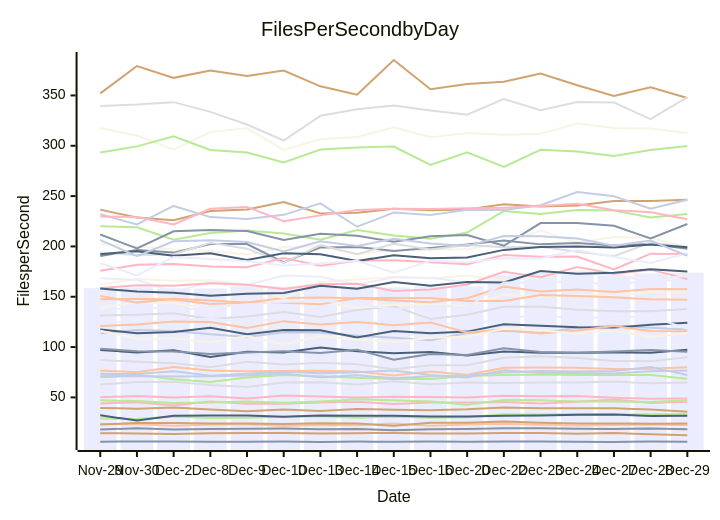
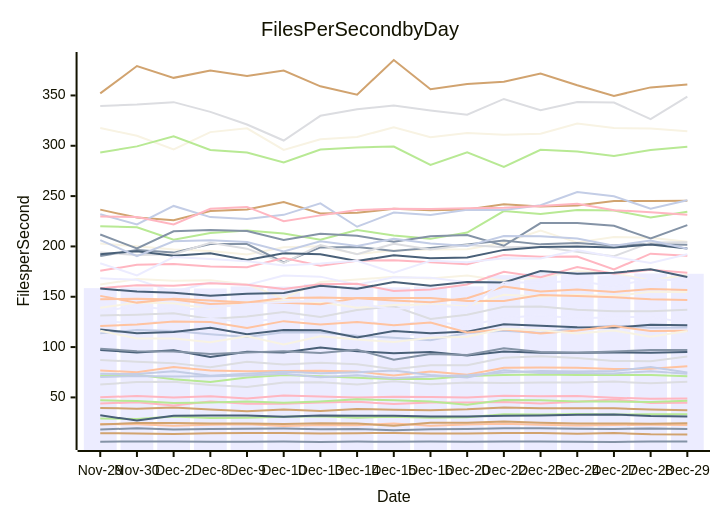
The diagram in perf-report.md (streetsidesoftware/cspell), drawn with Mermaid before and after one commit. The commit also changed other lines of this file and 1 other file, not shown here.

````diff
--- a/perf-report.md
+++ b/perf-report.md
@@ -11,57 +11,57 @@
 ```mermaid
 xychart-beta
     title Files Per Second by Day
     y-axis Files per Second
     x-axis Date [Nov-29, Nov-30, Dec-2, Dec-8, Dec-9, Dec-10, Dec-13, Dec-14, Dec-15, Dec-16, Dec-20, Dec-22, Dec-23, Dec-24, Dec-27, Dec-28, Dec-29]
-    bar [158.58, 159.25, 158.41, 158.24, 160.26, 160.13, 162.46, 160.30, 159.32, 159.99, 160.32, 171.41, 173.30, 173.54, 170.88, 173.10, 173.94]
-    line [6.01, 6.16, 6.12, 6.00, 6.03, 6.11, 5.69, 6.12, 5.85, 6.27, 5.94, 6.19, 6.23, 6.06, 5.80, 6.19, 6.05]
-    line [76.76, 75.06, 80.27, 76.65, 75.94, 76.12, 76.57, 75.62, 71.86, 75.70, 72.52, 79.52, 79.75, 79.57, 78.19, 78.53, 79.86]
-    line [62.90, 65.22, 65.65, 62.39, 60.36, 64.84, 65.11, 62.93, 65.98, 63.02, 64.70, 64.39, 64.92, 64.92, 65.76, 63.97, 64.82]
-    line [71.50, 72.49, 68.01, 65.32, 69.78, 72.32, 70.99, 69.49, 68.20, 68.29, 71.18, 72.28, 72.81, 72.16, 72.22, 72.29, 68.65]
-    line [39.45, 38.80, 39.93, 37.87, 36.13, 38.10, 36.47, 38.38, 37.81, 37.32, 38.13, 39.99, 39.24, 39.22, 39.13, 37.99, 35.85]
-    line [73.38, 73.35, 76.02, 71.59, 73.55, 75.54, 73.95, 75.07, 76.77, 72.26, 69.84, 77.03, 74.27, 74.27, 73.83, 75.96, 76.75]
-    line [50.21, 51.36, 49.95, 51.18, 48.94, 51.93, 50.78, 49.91, 50.66, 50.34, 50.02, 51.61, 51.21, 51.38, 49.64, 48.60, 48.81]
-    line [97.20, 94.57, 96.80, 90.09, 95.39, 94.62, 99.56, 95.79, 93.99, 95.03, 91.66, 95.50, 94.32, 94.29, 94.73, 94.34, 97.24]
-    line [202.79, 200.07, 197.01, 195.46, 191.88, 199.25, 200.18, 192.55, 195.85, 196.96, 197.31, 203.68, 215.88, 203.82, 209.47, 208.55, 199.09]
-    line [109.21, 117.71, 115.04, 114.43, 117.93, 116.17, 113.85, 113.19, 111.86, 113.23, 116.22, 119.95, 116.76, 117.75, 118.71, 118.58, 114.82]
-    line [18.13, 19.36, 18.09, 18.49, 18.92, 19.04, 18.41, 18.71, 17.35, 18.44, 18.66, 19.39, 19.24, 18.95, 18.61, 19.20, 18.27]
-    line [23.50, 23.32, 21.90, 22.93, 23.26, 21.71, 22.48, 22.26, 24.16, 21.86, 22.99, 23.86, 22.95, 22.15, 22.59, 22.93, 22.62]
-    line [131.34, 132.15, 133.58, 127.82, 130.48, 134.87, 129.94, 136.83, 140.59, 128.00, 132.13, 140.04, 140.36, 136.98, 135.57, 135.50, 137.91]
-    line [28.98, 28.47, 31.13, 29.50, 29.81, 30.70, 31.34, 29.78, 30.86, 29.89, 30.20, 33.22, 32.90, 33.40, 32.96, 33.38, 33.29]
-    line [14.45, 14.21, 13.55, 14.37, 14.53, 14.61, 14.25, 14.42, 14.66, 14.20, 14.14, 14.58, 14.66, 13.81, 14.51, 13.39, 12.40]
-    line [113.61, 117.05, 115.87, 112.86, 110.11, 114.79, 114.58, 111.22, 109.33, 106.79, 113.91, 116.30, 113.89, 119.27, 121.25, 119.32, 117.50]
-    line [43.85, 45.20, 42.00, 46.02, 43.67, 43.68, 45.02, 45.75, 43.43, 44.94, 44.85, 45.35, 43.98, 45.75, 48.03, 44.47, 45.58]
-    line [117.56, 113.82, 115.04, 119.17, 112.82, 116.99, 116.61, 109.61, 115.93, 113.66, 115.36, 122.68, 121.26, 119.81, 119.36, 122.21, 124.10]
-    line [317.57, 310.02, 296.47, 313.58, 317.30, 295.96, 306.54, 308.67, 318.29, 308.47, 312.68, 311.01, 311.87, 322.19, 317.56, 317.24, 312.75]
-    line [125.68, 123.73, 126.68, 128.02, 124.91, 128.75, 126.25, 125.99, 122.54, 125.77, 120.95, 129.07, 131.35, 128.71, 129.73, 130.21, 118.23]
-    line [190.53, 196.53, 193.86, 202.32, 202.37, 184.12, 199.02, 199.50, 195.58, 198.56, 202.04, 205.76, 202.04, 203.32, 201.04, 202.44, 197.68]
-    line [120.89, 122.51, 125.41, 124.96, 118.90, 125.77, 122.50, 124.97, 121.63, 124.44, 114.40, 117.66, 113.42, 116.57, 120.86, 116.04, 115.83]
-    line [194.09, 191.43, 192.21, 203.69, 197.75, 183.65, 201.42, 192.31, 202.71, 196.90, 201.49, 199.06, 199.67, 194.62, 190.28, 203.79, 199.37]
-    line [220.14, 219.09, 206.67, 213.42, 215.72, 212.77, 206.57, 216.35, 210.81, 207.51, 213.81, 235.09, 232.12, 236.13, 235.71, 228.72, 232.21]
-    line [236.55, 228.65, 226.03, 235.13, 236.77, 244.11, 232.83, 233.41, 237.39, 235.87, 236.73, 241.85, 239.59, 240.67, 245.15, 245.04, 246.39]
-    line [70.33, 71.28, 70.66, 70.99, 71.64, 73.38, 70.10, 71.99, 68.96, 71.11, 72.00, 74.62, 76.21, 75.66, 76.28, 80.16, 72.31]
-    line [175.76, 181.77, 182.47, 179.95, 179.31, 188.38, 180.77, 185.77, 186.35, 184.33, 182.33, 191.53, 189.75, 189.98, 177.07, 192.83, 192.47]
-    line [192.30, 195.25, 190.71, 193.15, 186.55, 193.19, 192.23, 185.43, 191.26, 188.26, 189.10, 196.56, 199.42, 199.83, 198.90, 201.82, 199.28]
-    line [139.07, 144.20, 143.55, 138.09, 144.82, 146.07, 144.49, 139.02, 141.78, 142.36, 140.50, 151.95, 150.33, 152.02, 150.72, 154.90, 155.32]
-    line [183.30, 171.17, 189.43, 187.46, 185.27, 181.05, 182.93, 185.74, 173.94, 185.68, 184.19, 188.28, 188.11, 196.54, 189.53, 183.55, 193.27]
-    line [211.90, 198.01, 215.07, 216.21, 215.29, 206.31, 212.61, 210.51, 204.56, 210.18, 211.34, 200.66, 223.22, 223.16, 220.54, 207.84, 222.23]
-    line [150.86, 144.17, 148.12, 146.38, 144.41, 148.76, 149.26, 148.44, 146.25, 144.57, 148.51, 160.26, 155.20, 157.30, 154.76, 157.76, 157.35]
-    line [87.05, 85.49, 84.05, 80.02, 85.30, 82.71, 84.32, 82.91, 77.95, 81.87, 81.89, 89.30, 90.84, 89.17, 86.07, 86.04, 89.86]
-    line [293.25, 299.40, 309.39, 295.84, 293.27, 283.38, 296.25, 298.40, 299.27, 280.90, 293.45, 278.89, 296.00, 294.23, 289.77, 295.71, 299.69]
-    line [352.03, 379.23, 367.49, 374.69, 369.34, 374.83, 359.05, 350.76, 385.22, 356.23, 361.41, 363.52, 371.74, 360.07, 349.58, 358.00, 347.55]
-    line [232.03, 221.81, 240.23, 229.14, 227.27, 231.37, 242.80, 219.56, 233.62, 231.32, 236.32, 236.26, 240.94, 253.96, 249.85, 237.45, 246.43]
-    line [229.81, 229.18, 221.75, 237.38, 239.25, 224.99, 230.85, 236.16, 237.46, 237.06, 237.81, 238.36, 240.26, 242.42, 235.97, 234.05, 227.08]
-    line [32.17, 27.01, 31.76, 31.99, 31.99, 30.84, 32.08, 31.89, 31.67, 31.01, 31.00, 31.79, 31.95, 32.72, 33.00, 31.56, 31.66]
-    line [162.13, 167.55, 165.94, 166.49, 162.27, 148.64, 164.74, 167.10, 169.90, 168.25, 171.20, 165.98, 169.49, 175.43, 173.51, 166.13, 170.72]
-    line [168.29, 166.84, 155.06, 164.08, 161.66, 171.02, 169.99, 161.97, 169.28, 168.79, 164.45, 163.90, 173.08, 173.52, 171.67, 165.07, 167.09]
-    line [98.38, 95.87, 95.57, 93.03, 94.71, 95.93, 94.05, 97.42, 87.40, 93.20, 92.02, 98.77, 95.06, 94.41, 95.55, 97.07, 95.34]
-    line [147.45, 147.90, 147.19, 142.70, 144.08, 143.97, 142.44, 148.72, 148.74, 148.66, 145.81, 145.83, 151.65, 150.82, 149.41, 147.54, 146.95]
-    line [339.55, 340.91, 343.35, 333.69, 321.17, 305.21, 329.78, 336.28, 339.96, 335.03, 330.81, 346.52, 335.23, 343.48, 342.97, 326.49, 348.28]
-    line [47.22, 46.33, 44.42, 44.87, 45.90, 44.67, 46.00, 48.05, 47.07, 45.85, 42.75, 47.52, 47.21, 45.81, 45.88, 45.34, 47.27]
-    line [23.09, 24.60, 24.46, 23.99, 23.97, 23.56, 24.27, 23.97, 21.89, 24.77, 24.75, 25.98, 24.78, 24.02, 24.07, 23.90, 24.09]
-    line [206.34, 190.41, 205.06, 206.03, 204.37, 194.91, 205.14, 200.36, 207.64, 202.85, 200.31, 210.29, 210.04, 207.76, 200.78, 205.77, 190.64]
-    line [158.52, 161.43, 161.03, 163.37, 162.01, 157.69, 162.41, 162.92, 155.61, 157.24, 162.25, 174.81, 169.46, 179.44, 172.82, 176.92, 167.60]
-    line [158.17, 155.13, 153.99, 150.95, 152.99, 153.72, 160.91, 157.90, 164.74, 161.04, 164.69, 164.20, 175.57, 172.74, 173.87, 177.24, 175.06]
-    line [116.12, 108.62, 108.44, 104.81, 110.68, 102.65, 110.81, 107.51, 105.11, 109.29, 110.23, 118.20, 116.66, 113.51, 116.56, 110.18, 113.73]
-    line [135.37, 140.89, 136.51, 139.19, 142.56, 144.70, 146.06, 142.91, 137.61, 141.27, 139.39, 164.22, 164.25, 165.65, 160.55, 167.52, 170.63]
+    bar [158.58, 159.25, 158.41, 158.24, 160.26, 160.13, 162.46, 160.30, 159.32, 159.99, 160.32, 171.41, 173.30, 173.54, 170.88, 173.10, 172.84]
+    line [6.01, 6.16, 6.12, 6.00, 6.03, 6.11, 5.69, 6.12, 5.85, 6.27, 5.94, 6.19, 6.23, 6.06, 5.80, 6.19, 6.09]
+    line [76.76, 75.06, 80.27, 76.65, 75.94, 76.12, 76.57, 75.62, 71.86, 75.70, 72.52, 79.52, 79.75, 79.57, 78.19, 78.53, 80.89]
+    line [62.90, 65.22, 65.65, 62.39, 60.36, 64.84, 65.11, 62.93, 65.98, 63.02, 64.70, 64.39, 64.92, 64.92, 65.76, 63.97, 65.44]
+    line [71.50, 72.49, 68.01, 65.32, 69.78, 72.32, 70.99, 69.49, 68.20, 68.29, 71.18, 72.28, 72.81, 72.16, 72.22, 72.29, 70.91]
+    line [39.45, 38.80, 39.93, 37.87, 36.13, 38.10, 36.47, 38.38, 37.81, 37.32, 38.13, 39.99, 39.24, 39.22, 39.13, 37.99, 37.15]
+    line [73.38, 73.35, 76.02, 71.59, 73.55, 75.54, 73.95, 75.07, 76.77, 72.26, 69.84, 77.03, 74.27, 74.27, 73.83, 75.96, 73.58]
+    line [50.21, 51.36, 49.95, 51.18, 48.94, 51.93, 50.78, 49.91, 50.66, 50.34, 50.02, 51.61, 51.21, 51.38, 49.64, 48.60, 48.91]
+    line [97.20, 94.57, 96.80, 90.09, 95.39, 94.62, 99.56, 95.79, 93.99, 95.03, 91.66, 95.50, 94.32, 94.29, 94.73, 94.34, 95.00]
+    line [202.79, 200.07, 197.01, 195.46, 191.88, 199.25, 200.18, 192.55, 195.85, 196.96, 197.31, 203.68, 215.88, 203.82, 209.47, 208.55, 204.67]
+    line [109.21, 117.71, 115.04, 114.43, 117.93, 116.17, 113.85, 113.19, 111.86, 113.23, 116.22, 119.95, 116.76, 117.75, 118.71, 118.58, 116.27]
+    line [18.13, 19.36, 18.09, 18.49, 18.92, 19.04, 18.41, 18.71, 17.35, 18.44, 18.66, 19.39, 19.24, 18.95, 18.61, 19.20, 18.57]
+    line [23.50, 23.32, 21.90, 22.93, 23.26, 21.71, 22.48, 22.26, 24.16, 21.86, 22.99, 23.86, 22.95, 22.15, 22.59, 22.93, 22.61]
+    line [131.34, 132.15, 133.58, 127.82, 130.48, 134.87, 129.94, 136.83, 140.59, 128.00, 132.13, 140.04, 140.36, 136.98, 135.57, 135.50, 137.20]
+    line [28.98, 28.47, 31.13, 29.50, 29.81, 30.70, 31.34, 29.78, 30.86, 29.89, 30.20, 33.22, 32.90, 33.40, 32.96, 33.38, 33.22]
+    line [14.45, 14.21, 13.55, 14.37, 14.53, 14.61, 14.25, 14.42, 14.66, 14.20, 14.14, 14.58, 14.66, 13.81, 14.51, 13.39, 13.22]
+    line [113.61, 117.05, 115.87, 112.86, 110.11, 114.79, 114.58, 111.22, 109.33, 106.79, 113.91, 116.30, 113.89, 119.27, 121.25, 119.32, 119.39]
+    line [43.85, 45.20, 42.00, 46.02, 43.67, 43.68, 45.02, 45.75, 43.43, 44.94, 44.85, 45.35, 43.98, 45.75, 48.03, 44.47, 44.74]
+    line [117.56, 113.82, 115.04, 119.17, 112.82, 116.99, 116.61, 109.61, 115.93, 113.66, 115.36, 122.68, 121.26, 119.81, 119.36, 122.21, 121.79]
+    line [317.57, 310.02, 296.47, 313.58, 317.30, 295.96, 306.54, 308.67, 318.29, 308.47, 312.68, 311.01, 311.87, 322.19, 317.56, 317.24, 314.52]
+    line [125.68, 123.73, 126.68, 128.02, 124.91, 128.75, 126.25, 125.99, 122.54, 125.77, 120.95, 129.07, 131.35, 128.71, 129.73, 130.21, 124.05]
+    line [190.53, 196.53, 193.86, 202.32, 202.37, 184.12, 199.02, 199.50, 195.58, 198.56, 202.04, 205.76, 202.04, 203.32, 201.04, 202.44, 201.73]
+    line [120.89, 122.51, 125.41, 124.96, 118.90, 125.77, 122.50, 124.97, 121.63, 124.44, 114.40, 117.66, 113.42, 116.57, 120.86, 116.04, 116.26]
+    line [194.09, 191.43, 192.21, 203.69, 197.75, 183.65, 201.42, 192.31, 202.71, 196.90, 201.49, 199.06, 199.67, 194.62, 190.28, 203.79, 204.18]
+    line [220.14, 219.09, 206.67, 213.42, 215.72, 212.77, 206.57, 216.35, 210.81, 207.51, 213.81, 235.09, 232.12, 236.13, 235.71, 228.72, 234.52]
+    line [236.55, 228.65, 226.03, 235.13, 236.77, 244.11, 232.83, 233.41, 237.39, 235.87, 236.73, 241.85, 239.59, 240.67, 245.15, 245.04, 245.42]
+    line [70.33, 71.28, 70.66, 70.99, 71.64, 73.38, 70.10, 71.99, 68.96, 71.11, 72.00, 74.62, 76.21, 75.66, 76.28, 80.16, 74.78]
+    line [175.76, 181.77, 182.47, 179.95, 179.31, 188.38, 180.77, 185.77, 186.35, 184.33, 182.33, 191.53, 189.75, 189.98, 177.07, 192.83, 190.69]
+    line [192.30, 195.25, 190.71, 193.15, 186.55, 193.19, 192.23, 185.43, 191.26, 188.26, 189.10, 196.56, 199.42, 199.83, 198.90, 201.82, 197.91]
+    line [139.07, 144.20, 143.55, 138.09, 144.82, 146.07, 144.49, 139.02, 141.78, 142.36, 140.50, 151.95, 150.33, 152.02, 150.72, 154.90, 154.84]
+    line [183.30, 171.17, 189.43, 187.46, 185.27, 181.05, 182.93, 185.74, 173.94, 185.68, 184.19, 188.28, 188.11, 196.54, 189.53, 183.55, 192.17]
+    line [211.90, 198.01, 215.07, 216.21, 215.29, 206.31, 212.61, 210.51, 204.56, 210.18, 211.34, 200.66, 223.22, 223.16, 220.54, 207.84, 221.18]
+    line [150.86, 144.17, 148.12, 146.38, 144.41, 148.76, 149.26, 148.44, 146.25, 144.57, 148.51, 160.26, 155.20, 157.30, 154.76, 157.76, 156.76]
+    line [87.05, 85.49, 84.05, 80.02, 85.30, 82.71, 84.32, 82.91, 77.95, 81.87, 81.89, 89.30, 90.84, 89.17, 86.07, 86.04, 90.59]
+    line [293.25, 299.40, 309.39, 295.84, 293.27, 283.38, 296.25, 298.40, 299.27, 280.90, 293.45, 278.89, 296.00, 294.23, 289.77, 295.71, 299.08]
+    line [352.03, 379.23, 367.49, 374.69, 369.34, 374.83, 359.05, 350.76, 385.22, 356.23, 361.41, 363.52, 371.74, 360.07, 349.58, 358.00, 360.87]
+    line [232.03, 221.81, 240.23, 229.14, 227.27, 231.37, 242.80, 219.56, 233.62, 231.32, 236.32, 236.26, 240.94, 253.96, 249.85, 237.45, 245.85]
+    line [229.81, 229.18, 221.75, 237.38, 239.25, 224.99, 230.85, 236.16, 237.46, 237.06, 237.81, 238.36, 240.26, 242.42, 235.97, 234.05, 231.54]
+    line [32.17, 27.01, 31.76, 31.99, 31.99, 30.84, 32.08, 31.89, 31.67, 31.01, 31.00, 31.79, 31.95, 32.72, 33.00, 31.56, 31.04]
+    line [162.13, 167.55, 165.94, 166.49, 162.27, 148.64, 164.74, 167.10, 169.90, 168.25, 171.20, 165.98, 169.49, 175.43, 173.51, 166.13, 171.93]
+    line [168.29, 166.84, 155.06, 164.08, 161.66, 171.02, 169.99, 161.97, 169.28, 168.79, 164.45, 163.90, 173.08, 173.52, 171.67, 165.07, 168.83]
+    line [98.38, 95.87, 95.57, 93.03, 94.71, 95.93, 94.05, 97.42, 87.40, 93.20, 92.02, 98.77, 95.06, 94.41, 95.55, 97.07, 97.20]
+    line [147.45, 147.90, 147.19, 142.70, 144.08, 143.97, 142.44, 148.72, 148.74, 148.66, 145.81, 145.83, 151.65, 150.82, 149.41, 147.54, 146.83]
+    line [339.55, 340.91, 343.35, 333.69, 321.17, 305.21, 329.78, 336.28, 339.96, 335.03, 330.81, 346.52, 335.23, 343.48, 342.97, 326.49, 348.89]
+    line [47.22, 46.33, 44.42, 44.87, 45.90, 44.67, 46.00, 48.05, 47.07, 45.85, 42.75, 47.52, 47.21, 45.81, 45.88, 45.34, 46.57]
+    line [23.09, 24.60, 24.46, 23.99, 23.97, 23.56, 24.27, 23.97, 21.89, 24.77, 24.75, 25.98, 24.78, 24.02, 24.07, 23.90, 24.36]
+    line [206.34, 190.41, 205.06, 206.03, 204.37, 194.91, 205.14, 200.36, 207.64, 202.85, 200.31, 210.29, 210.04, 207.76, 200.78, 205.77, 197.69]
+    line [158.52, 161.43, 161.03, 163.37, 162.01, 157.69, 162.41, 162.92, 155.61, 157.24, 162.25, 174.81, 169.46, 179.44, 172.82, 176.92, 173.92]
+    line [158.17, 155.13, 153.99, 150.95, 152.99, 153.72, 160.91, 157.90, 164.74, 161.04, 164.69, 164.20, 175.57, 172.74, 173.87, 177.24, 169.58]
+    line [116.12, 108.62, 108.44, 104.81, 110.68, 102.65, 110.81, 107.51, 105.11, 109.29, 110.23, 118.20, 116.66, 113.51, 116.56, 110.18, 116.01]
+    line [135.37, 140.89, 136.51, 139.19, 142.56, 144.70, 146.06, 142.91, 137.61, 141.27, 139.39, 164.22, 164.25, 165.65, 160.55, 167.52, 165.76]
 ```
````
